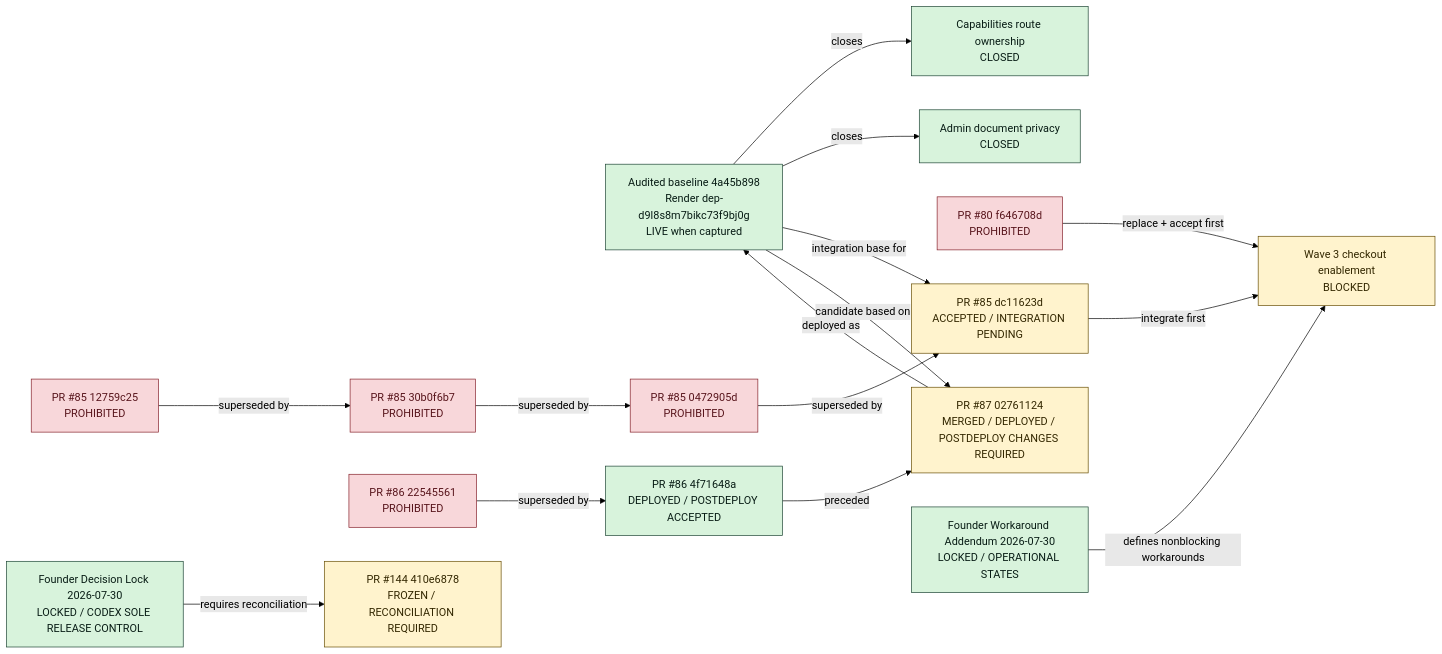
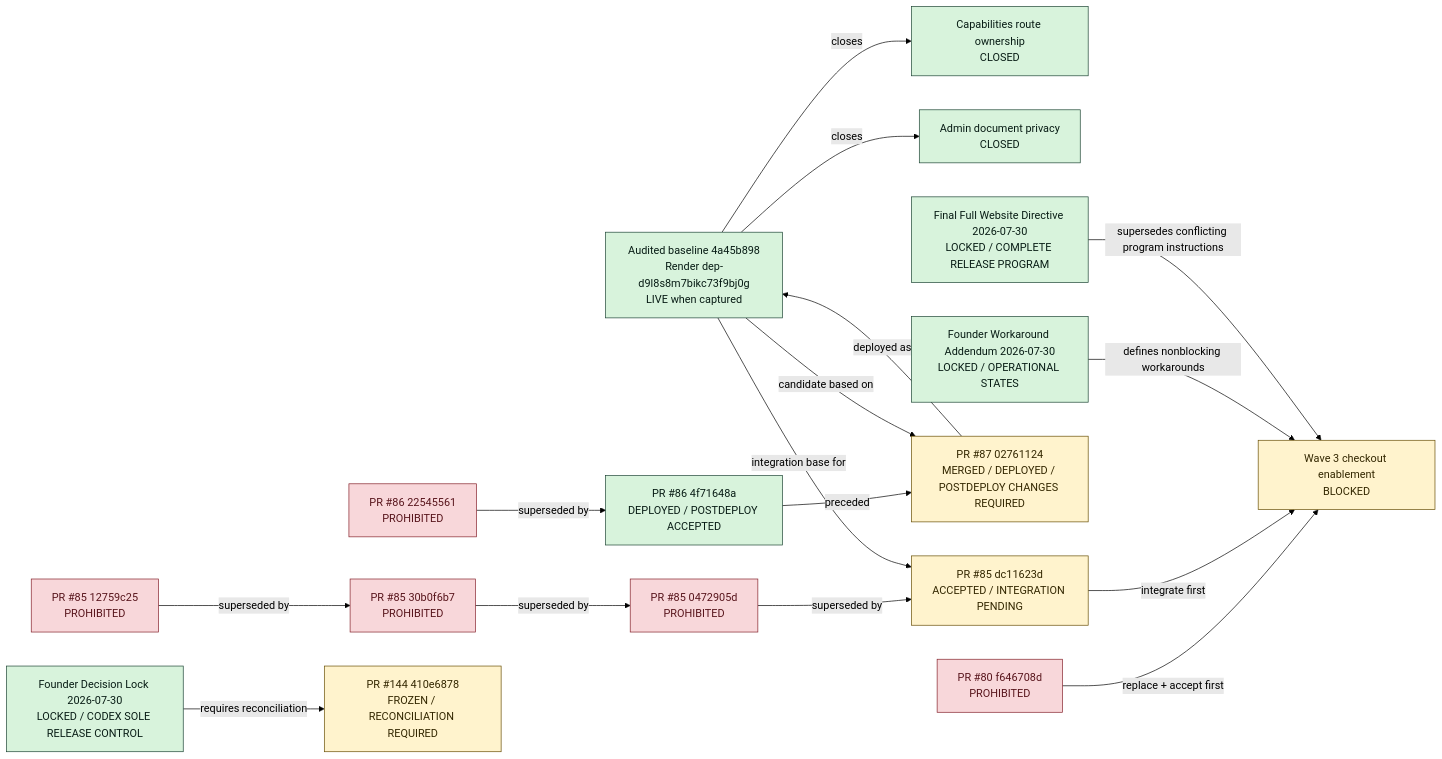
One commit to teamxenios/xenios-website changed the diagram in docs/coordination/ACTIVE_RELEASE_GRAPH.mmd. Above: the diagram before and after it, drawn with Mermaid (forest theme). The commit also changed 5 other files, not shown here.

Commit message:
Import final full website directive

```diff
--- a/docs/coordination/ACTIVE_RELEASE_GRAPH.mmd
+++ b/docs/coordination/ACTIVE_RELEASE_GRAPH.mmd
@@ -1,40 +1,42 @@
 flowchart LR
   PROD["Audited baseline 4a45b898<br/>Render dep-d9l8s8m7bikc73f9bj0g<br/>LIVE when captured"]
   CAP["Capabilities route ownership<br/>CLOSED"]
   PRIV["Admin document privacy<br/>CLOSED"]
   PR80["PR #80 f646708d<br/>PROHIBITED"]
   PR85OLD["PR #85 12759c25<br/>PROHIBITED"]
   PR85MID["PR #85 30b0f6b7<br/>PROHIBITED"]
   PR85LAST["PR #85 0472905d<br/>PROHIBITED"]
   PR85["PR #85 dc11623d<br/>ACCEPTED / INTEGRATION PENDING"]
   PR86OLD["PR #86 22545561<br/>PROHIBITED"]
   PR86["PR #86 4f71648a<br/>DEPLOYED / POSTDEPLOY ACCEPTED"]
   PR87["PR #87 02761124<br/>MERGED / DEPLOYED / POSTDEPLOY CHANGES REQUIRED"]
   PR144["PR #144 410e6878<br/>FROZEN / RECONCILIATION REQUIRED"]
   FOUNDER["Founder Decision Lock 2026-07-30<br/>LOCKED / CODEX SOLE RELEASE CONTROL"]
   WORKAROUND["Founder Workaround Addendum 2026-07-30<br/>LOCKED / OPERATIONAL STATES"]
+  FINAL["Final Full Website Directive 2026-07-30<br/>LOCKED / COMPLETE RELEASE PROGRAM"]
   CHECKOUT["Wave 3 checkout enablement<br/>BLOCKED"]
 
   PR86 -->|preceded| PR87
   PR87 -->|deployed as| PROD
   PROD -->|closes| CAP
   PROD -->|closes| PRIV
   PR86OLD -->|superseded by| PR86
   PR85OLD -->|superseded by| PR85MID
   PR85MID -->|superseded by| PR85LAST
   PR85LAST -->|superseded by| PR85
   PROD -->|integration base for| PR85
   PROD -->|candidate based on| PR87
   PR80 -->|replace + accept first| CHECKOUT
   PR85 -->|integrate first| CHECKOUT
   FOUNDER -->|requires reconciliation| PR144
   WORKAROUND -->|defines nonblocking workarounds| CHECKOUT
+  FINAL -->|supersedes conflicting program instructions| CHECKOUT
 
   classDef live fill:#d8f3dc,stroke:#1b4332,color:#081c15
   classDef closed fill:#d8f3dc,stroke:#1b4332,color:#081c15
   classDef prohibited fill:#f8d7da,stroke:#842029,color:#58151c
   classDef pending fill:#fff3cd,stroke:#664d03,color:#332701
-  class PROD,PR86,FOUNDER,WORKAROUND live
+  class PROD,PR86,FOUNDER,WORKAROUND,FINAL live
   class CAP,PRIV closed
   class PR80,PR85OLD,PR85MID,PR85LAST,PR86OLD prohibited
   class PR85,PR87,PR144,CHECKOUT pending
```
